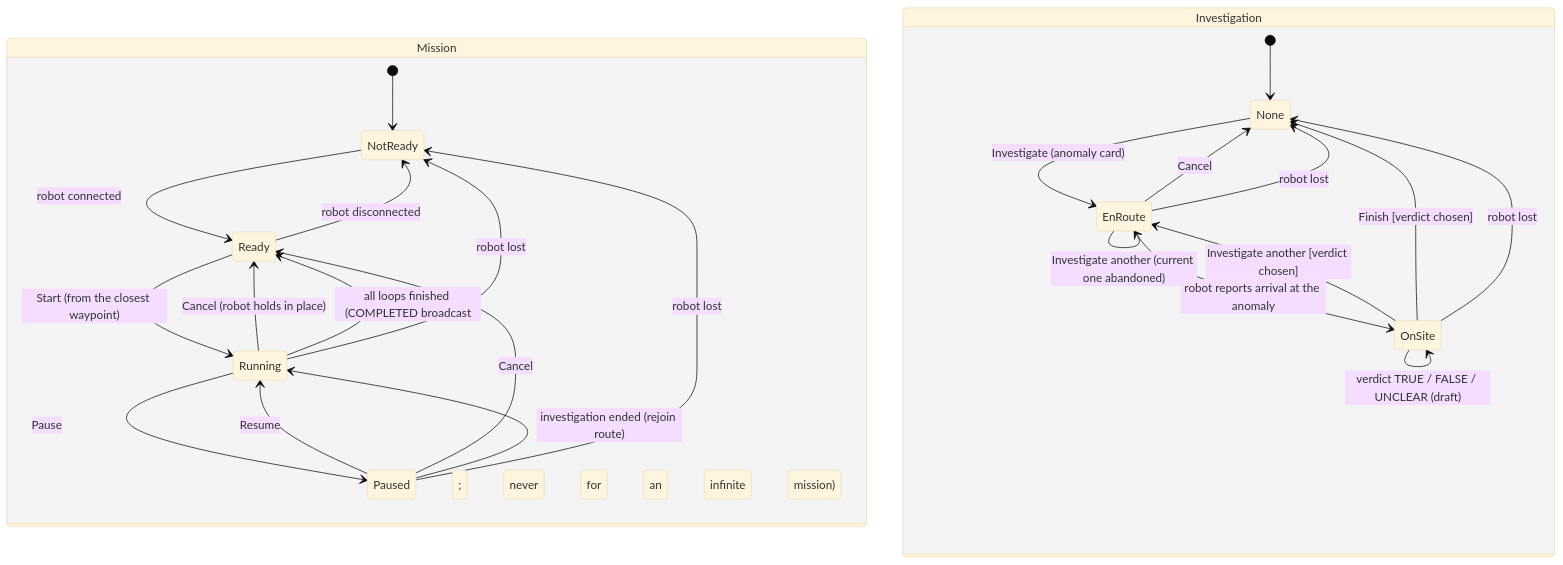
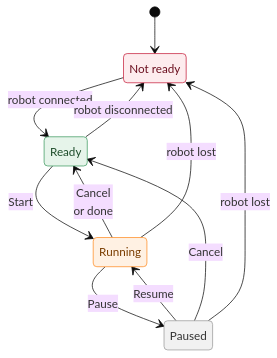
One commit to patrol-knight/mission-manager changed the second of 3 diagrams in README.md. Above: the diagram before and after it, drawn with Mermaid (base theme). The commit also changed other lines of this file, not shown here.

Commit message:
docs: rewrite README around running and configuring with Docker

````diff
--- a/README.md
+++ b/README.md
@@ -108,29 +83,24 @@
 ```mermaid
 stateDiagram-v2
-    state "Mission" as M {
-        [*] --> NotReady
-        NotReady --> Ready : robot connected
-        Ready --> NotReady : robot disconnected
-        Ready --> Running : Start (from the closest waypoint)
-        Running --> Paused : Pause
-        Paused --> Running : Resume
-        Running --> Ready : Cancel (robot holds in place)
-        Paused --> Ready : Cancel
-        Running --> Ready : all loops finished (COMPLETED broadcast; never for an infinite mission)
-        Paused --> Running : investigation ended (rejoin route)
-        Running --> NotReady : robot lost
-        Paused --> NotReady : robot lost
-    }
-    state "Investigation" as I {
-        [*] --> None
-        None --> EnRoute : Investigate (anomaly card)
-        EnRoute --> EnRoute : Investigate another (current one abandoned)
-        EnRoute --> OnSite : robot reports arrival at the anomaly
-        OnSite --> OnSite : verdict TRUE / FALSE / UNCLEAR (draft)
-        OnSite --> EnRoute : Investigate another [verdict chosen]
-        OnSite --> None : Finish [verdict chosen]
-        EnRoute --> None : Cancel
-        EnRoute --> None : robot lost
-        OnSite --> None : robot lost
-    }
+    classDef idle fill:#f1f1f1,stroke:#9a9a9a,color:#333
+    classDef ready fill:#e6f4ea,stroke:#3c9a5f,color:#1e4d2b
+    classDef run fill:#fff1e3,stroke:#ff8a1f,color:#7a3d00
+    classDef lost fill:#fdecee,stroke:#c51e3a,color:#6b0f1f
+
+    state "Not ready" as NotReady
+    [*] --> NotReady
+    NotReady --> Ready : robot connected
+    Ready --> NotReady : robot disconnected
+    Ready --> Running : Start
+    Running --> Paused : Pause
+    Paused --> Running : Resume
+    Running --> Ready : Cancel<br/>or done
+    Paused --> Ready : Cancel
+    Running --> NotReady : robot lost
+    Paused --> NotReady : robot lost
+
+    class NotReady lost
+    class Ready ready
+    class Running run
+    class Paused idle
 ```
````
